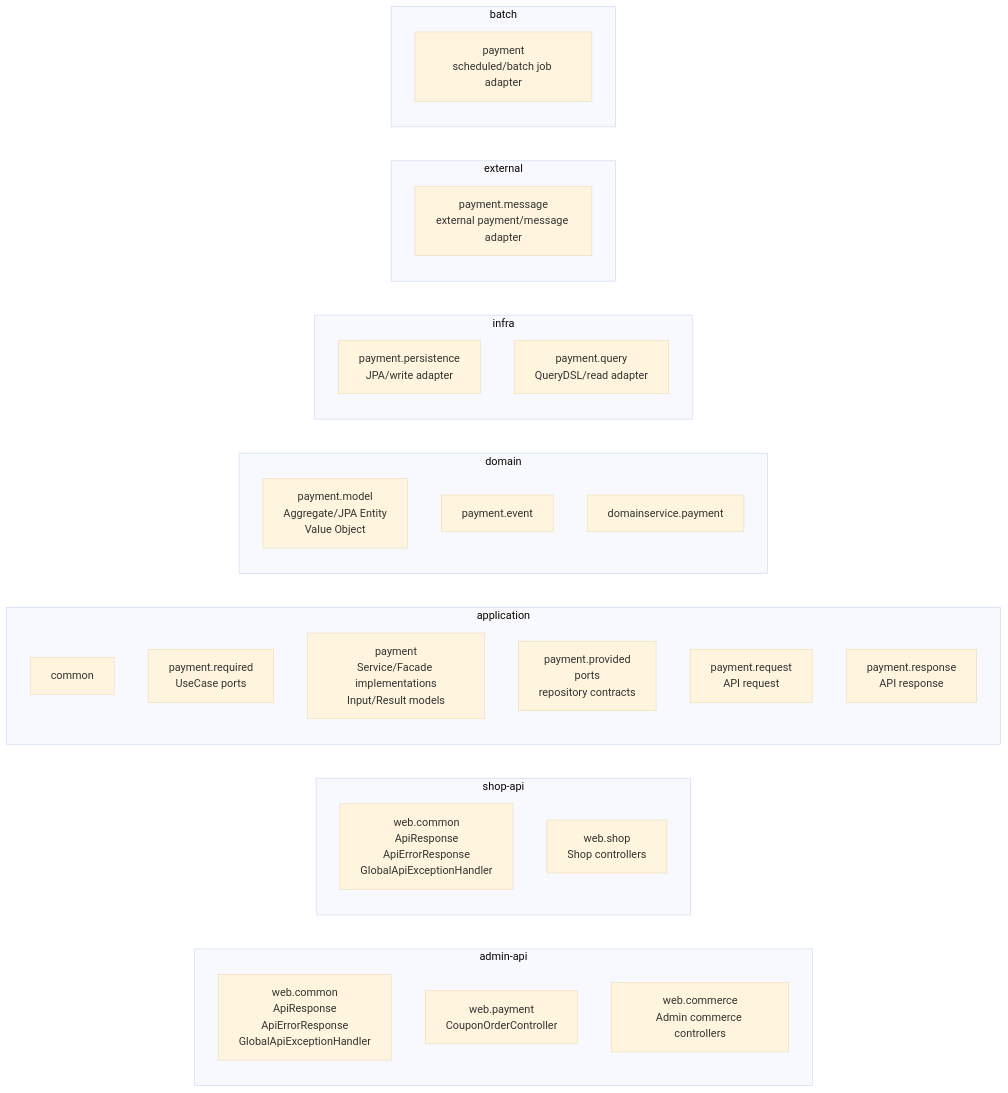
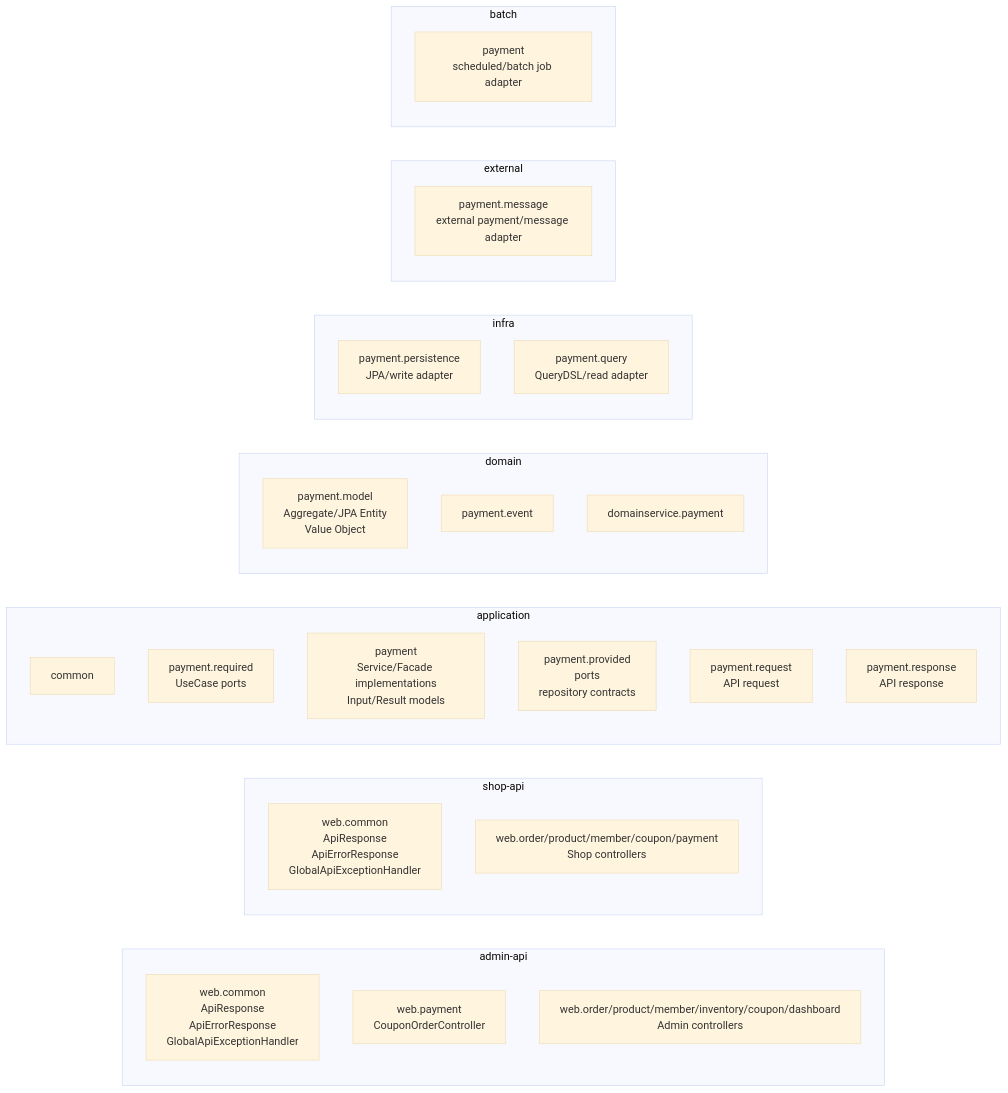
The second of 5 diagrams in docs/how/07-architecture-diagram.md (jihaneol/-_-), drawn with Mermaid (base theme) before and after one commit. The commit also changed 206 other files, not shown here.

````diff
--- a/docs/how/07-architecture-diagram.md
+++ b/docs/how/07-architecture-diagram.md
@@ -31,41 +31,41 @@
 ```mermaid
 flowchart LR
     subgraph AdminApi["admin-api"]
         WebCommon["web.common\nApiResponse\nApiErrorResponse\nGlobalApiExceptionHandler"]
         WebPayment["web.payment\nCouponOrderController"]
-        WebAdminCommerce["web.commerce\nAdmin commerce controllers"]
+        WebAdminDomains["web.order/product/member/inventory/coupon/dashboard\nAdmin controllers"]
     end
 
     subgraph ShopApi["shop-api"]
         ShopCommon["web.common\nApiResponse\nApiErrorResponse\nGlobalApiExceptionHandler"]
-        WebShop["web.shop\nShop controllers"]
+        WebShopDomains["web.order/product/member/coupon/payment\nShop controllers"]
     end
 
     subgraph Application["application"]
         AppCommon["common"]
         Required["payment.required\nUseCase ports"]
         Service["payment\nService/Facade implementations\nInput/Result models"]
         Provided["payment.provided\nports\nrepository contracts"]
         Request["payment.request\nAPI request"]
         Response["payment.response\nAPI response"]
     end
 
     subgraph Domain["domain"]
         Model["payment.model\nAggregate/JPA Entity\nValue Object"]
         Event["payment.event"]
         DomainService["domainservice.payment"]
     end
 
     subgraph Infra["infra"]
         Persistence["payment.persistence\nJPA/write adapter"]
         Query["payment.query\nQueryDSL/read adapter"]
     end
 
     subgraph External["external"]
         Message["payment.message\nexternal payment/message adapter"]
     end
 
     subgraph Batch["batch"]
         BatchPayment["payment\nscheduled/batch job adapter"]
     end
 ```
````
